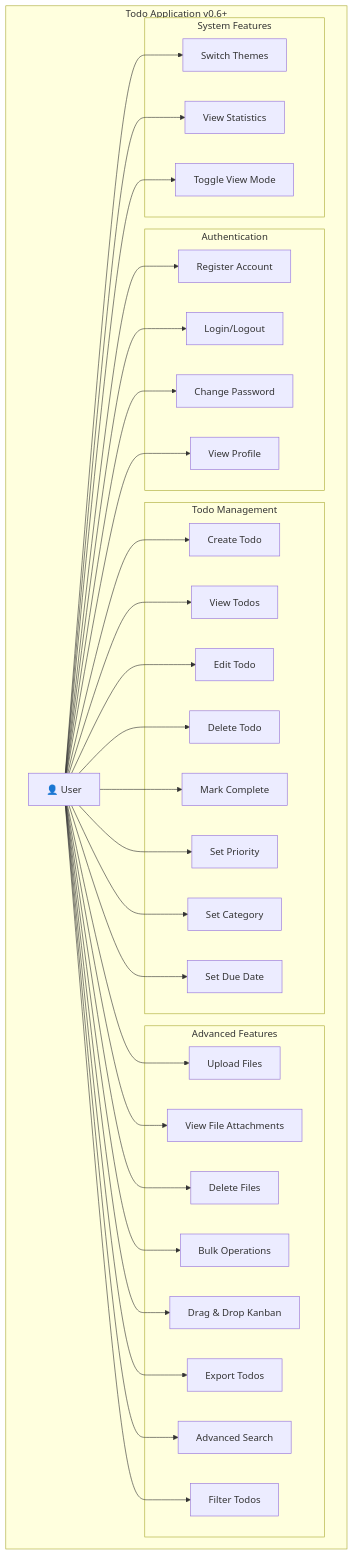
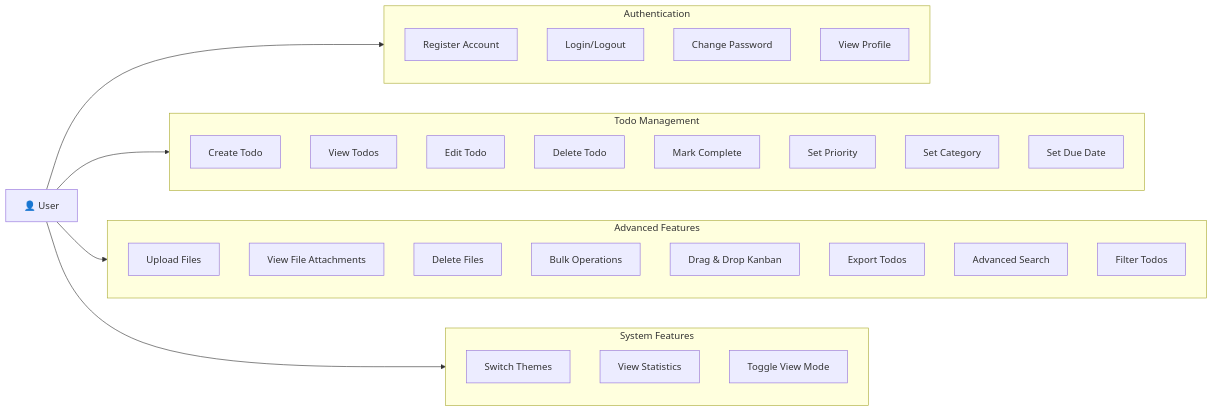
The first of 6 diagrams in README.md (bilalr-dev/todo_app_AWS), drawn with Mermaid before and after one commit. The commit also changed other lines of this file, not shown here.

````diff
--- a/README.md
+++ b/README.md
@@ -86,65 +86,44 @@
 ```mermaid
-graph TB
-    subgraph "Todo Application v0.6+"
-        User[👤 User]
-        
-        subgraph "Authentication"
-            UC1[Register Account]
-            UC2[Login/Logout]
-            UC3[Change Password]
-            UC4[View Profile]
-        end
-        
-        subgraph "Todo Management"
-            UC5[Create Todo]
-            UC6[View Todos]
-            UC7[Edit Todo]
-            UC8[Delete Todo]
-            UC9[Mark Complete]
-            UC10[Set Priority]
-            UC11[Set Category]
-            UC12[Set Due Date]
-        end
-        
-        subgraph "Advanced Features"
-            UC13[Upload Files]
-            UC14[View File Attachments]
-            UC15[Delete Files]
-            UC16[Bulk Operations]
-            UC17[Drag & Drop Kanban]
-            UC18[Export Todos]
-            UC19[Advanced Search]
-            UC20[Filter Todos]
-        end
-        
-        subgraph "System Features"
-            UC21[Switch Themes]
-            UC22[View Statistics]
-            UC23[Toggle View Mode]
-        end
+graph LR
+    User[👤 User]
+    
+    subgraph Auth["Authentication"]
+        UC1[Register Account]
+        UC2[Login/Logout]
+        UC3[Change Password]
+        UC4[View Profile]
     end
     
-    User --> UC1
-    User --> UC2
-    User --> UC3
-    User --> UC4
-    User --> UC5
-    User --> UC6
-    User --> UC7
-    User --> UC8
-    User --> UC9
-    User --> UC10
-    User --> UC11
-    User --> UC12
-    User --> UC13
-    User --> UC14
-    User --> UC15
-    User --> UC16
-    User --> UC17
-    User --> UC18
-    User --> UC19
-    User --> UC20
-    User --> UC21
-    User --> UC22
-    User --> UC23
+    subgraph Todo["Todo Management"]
+        UC5[Create Todo]
+        UC6[View Todos]
+        UC7[Edit Todo]
+        UC8[Delete Todo]
+        UC9[Mark Complete]
+        UC10[Set Priority]
+        UC11[Set Category]
+        UC12[Set Due Date]
+    end
+    
+    subgraph Advanced["Advanced Features"]
+        UC13[Upload Files]
+        UC14[View File Attachments]
+        UC15[Delete Files]
+        UC16[Bulk Operations]
+        UC17[Drag & Drop Kanban]
+        UC18[Export Todos]
+        UC19[Advanced Search]
+        UC20[Filter Todos]
+    end
+    
+    subgraph System["System Features"]
+        UC21[Switch Themes]
+        UC22[View Statistics]
+        UC23[Toggle View Mode]
+    end
+    
+    User --> Auth
+    User --> Todo
+    User --> Advanced
+    User --> System
 ```
````
